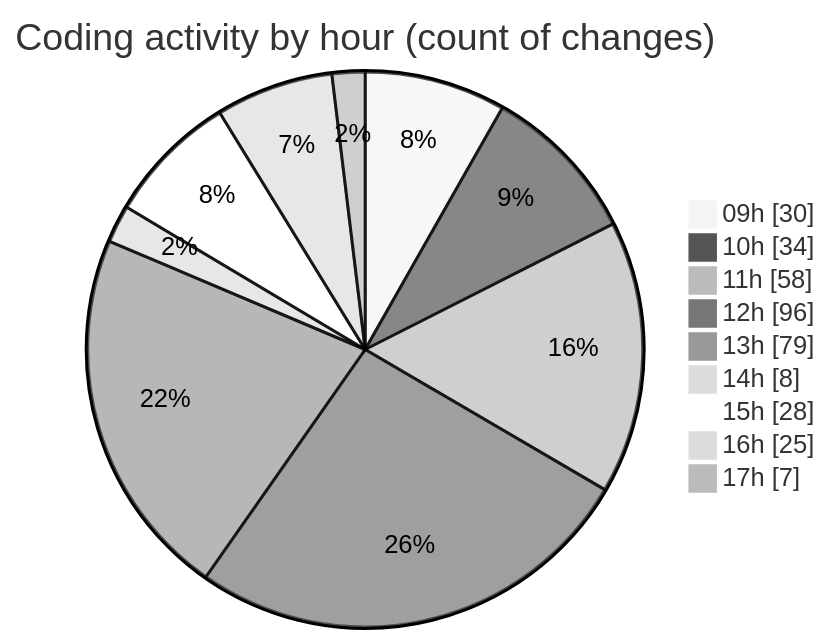
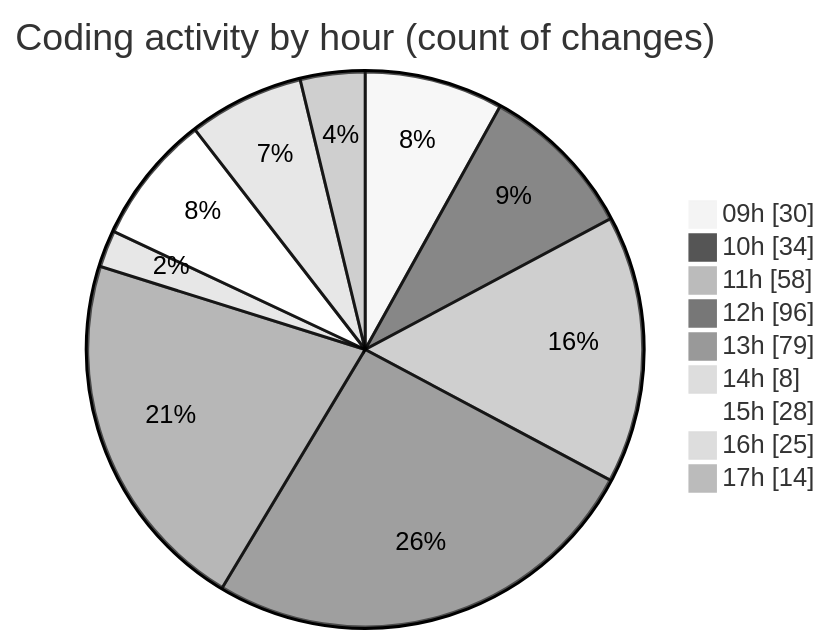
One commit to momahboobian/code-tracking changed the second of 2 diagrams in 2025-04-02/cda/README.md. Above: the diagram before and after it, drawn with Mermaid (neutral theme). The commit also changed other lines of this file and 1 other file, not shown here.

````diff
--- a/2025-04-02/cda/README.md
+++ b/2025-04-02/cda/README.md
@@ -40,13 +40,13 @@
 ```mermaid
 pie showData
 title Coding activity by hour (count of changes)
 "09h" : 30
 "10h" : 34
 "11h" : 58
 "12h" : 96
 "13h" : 79
 "14h" : 8
 "15h" : 28
 "16h" : 25
-"17h" : 7
+"17h" : 14
 ```
````
